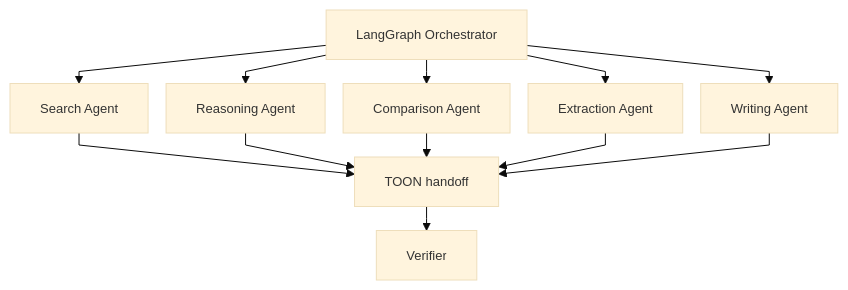
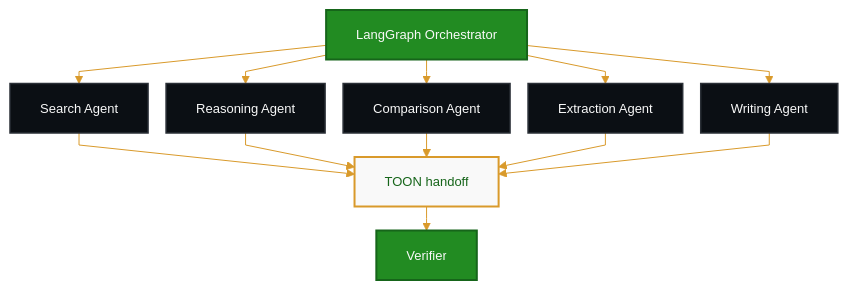
One commit to Hassaan146/agentic-ai-workflow changed the second of 10 diagrams in docs/diagrams.md. Above: the diagram before and after it, drawn with Mermaid. The commit also changed other lines of this file, not shown here.

Commit message:
Apply dark luxury Mermaid theme

````diff
--- a/docs/diagrams.md
+++ b/docs/diagrams.md
@@ -66,15 +81,23 @@
 ```mermaid
-%%{init: {'theme': 'base', 'flowchart': {'nodeSpacing': 18, 'rankSpacing': 24, 'curve': 'linear'}, 'themeVariables': {'fontSize': '13px'}}}%%
+%%{init: {'theme': 'base', 'flowchart': {'nodeSpacing': 18, 'rankSpacing': 24, 'curve': 'linear'}, 'themeVariables': {'fontSize': '13px', 'primaryColor': '#228B22', 'primaryTextColor': '#F9F9F9', 'primaryBorderColor': '#16651A', 'lineColor': '#D99A2B', 'secondaryColor': '#F9F9F9', 'secondaryTextColor': '#101418', 'secondaryBorderColor': '#D99A2B', 'tertiaryColor': '#0B0F14', 'tertiaryTextColor': '#F9F9F9', 'tertiaryBorderColor': '#2A2F36', 'background': '#070B10', 'mainBkg': '#228B22', 'secondBkg': '#F9F9F9', 'textColor': '#F9F9F9', 'edgeLabelBackground': '#0B0F14'}}}%%
 flowchart TD
     A["LangGraph Orchestrator"] --> B["Search Agent"]
     A --> C["Reasoning Agent"]
     A --> D["Comparison Agent"]
     A --> E["Extraction Agent"]
     A --> F["Writing Agent"]
     B --> G["TOON handoff"]
     C --> G
     D --> G
     E --> G
     F --> G
     G --> H["Verifier"]
+
+    classDef primary fill:#228B22,stroke:#16651A,color:#F9F9F9,stroke-width:2px;
+    classDef dark fill:#0B0F14,stroke:#2A2F36,color:#F9F9F9,stroke-width:1.5px;
+    classDef toon fill:#F9F9F9,stroke:#D99A2B,color:#16651A,stroke-width:2px;
+    classDef decision fill:#F9F9F9,stroke:#D99A2B,color:#101418,stroke-width:2px;
+    class A,H primary;
+    class B,C,D,E,F dark;
+    class G toon;
 ```
````
